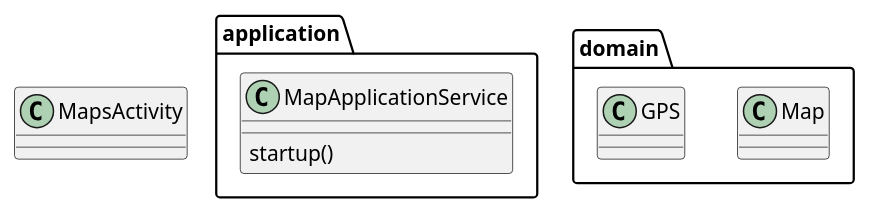
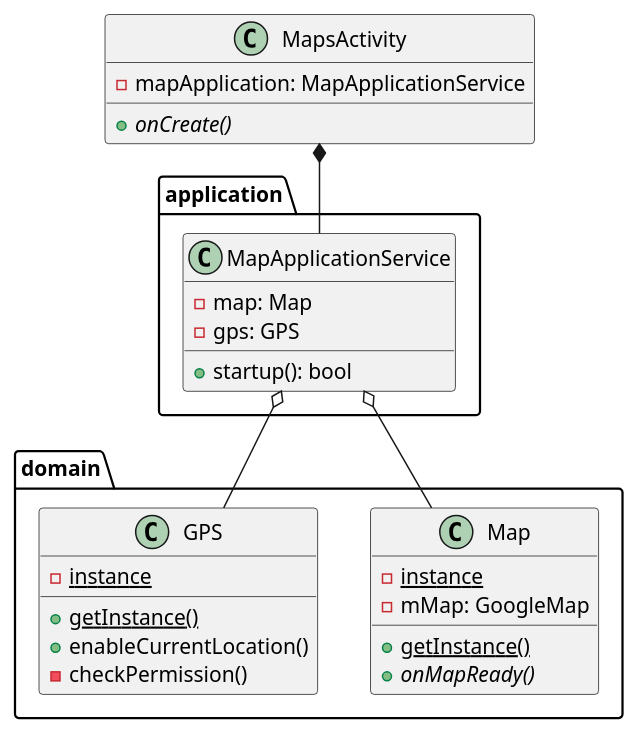
The diagram in docs/dev/Feature/F02/001/class-diagram.pu (chamberskaz0301/Walky_BackUp), drawn with PlantUML before and after one commit. The commit also changed 2 other files, not shown here.

Commit message:
クラス図の作成 #14

```diff
--- a/docs/dev/Feature/F02/001/class-diagram.pu
+++ b/docs/dev/Feature/F02/001/class-diagram.pu
@@ -1,23 +1,36 @@
 @startuml
 
 class MapsActivity {
-
+  - mapApplication: MapApplicationService
+  + {abstract} onCreate()
 }
 
 package application {
   class MapApplicationService {
-    startup()
+    - map: Map
+    - gps: GPS
+    + startup(): bool
   }
 }
 
 package domain {
   class Map {
-
+    - {static} instance
+    - mMap: GoogleMap
+    + {static} getInstance()
+    + {abstract} onMapReady()
   }
 
   class GPS {
-
+    - {static} instance
+    + {static} getInstance()
+    + enableCurrentLocation()
+    - checkPermission()
   }
 }
 
+MapsActivity *-- MapApplicationService
+MapApplicationService o-- Map
+MapApplicationService o-- GPS
+
 @enduml
```
